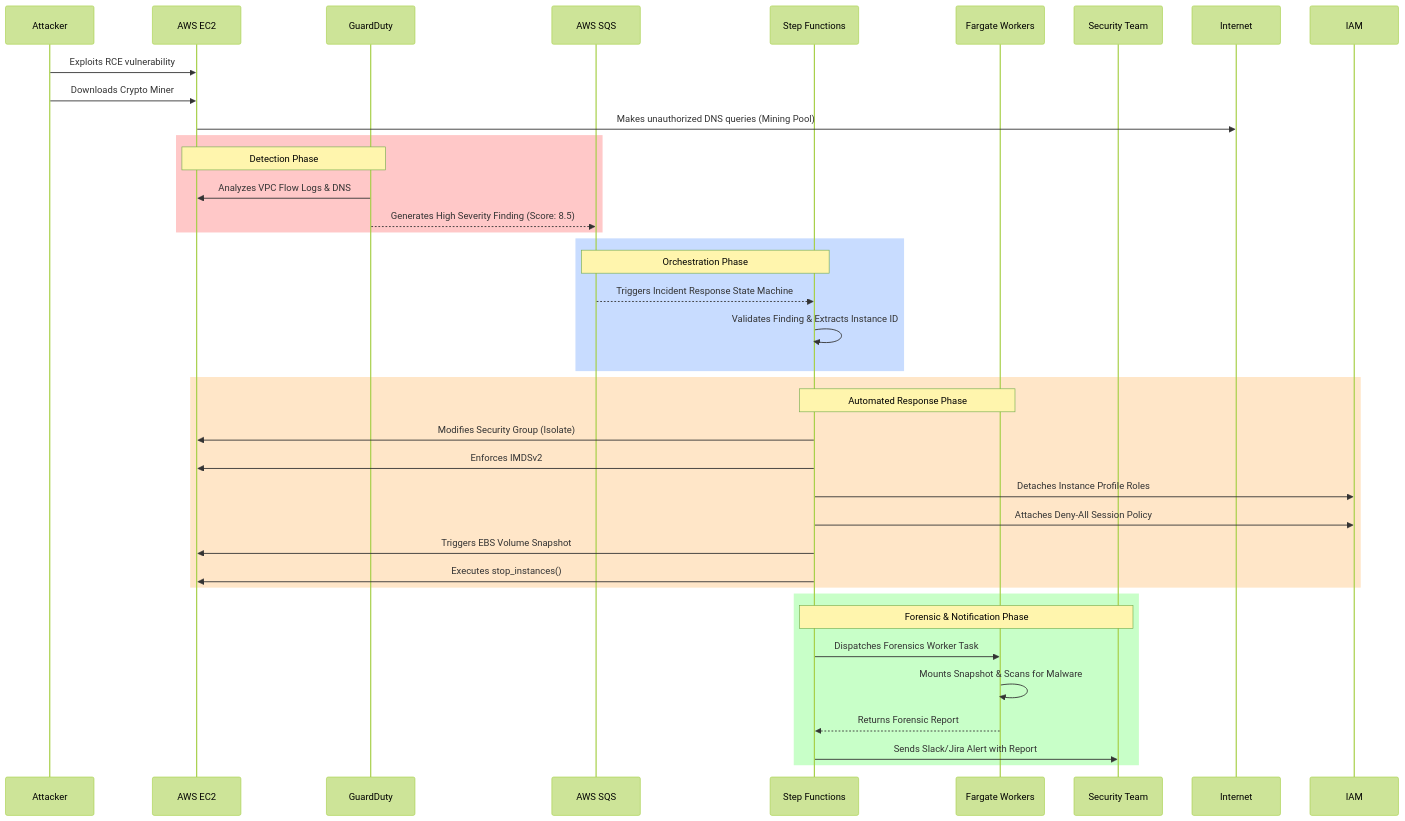
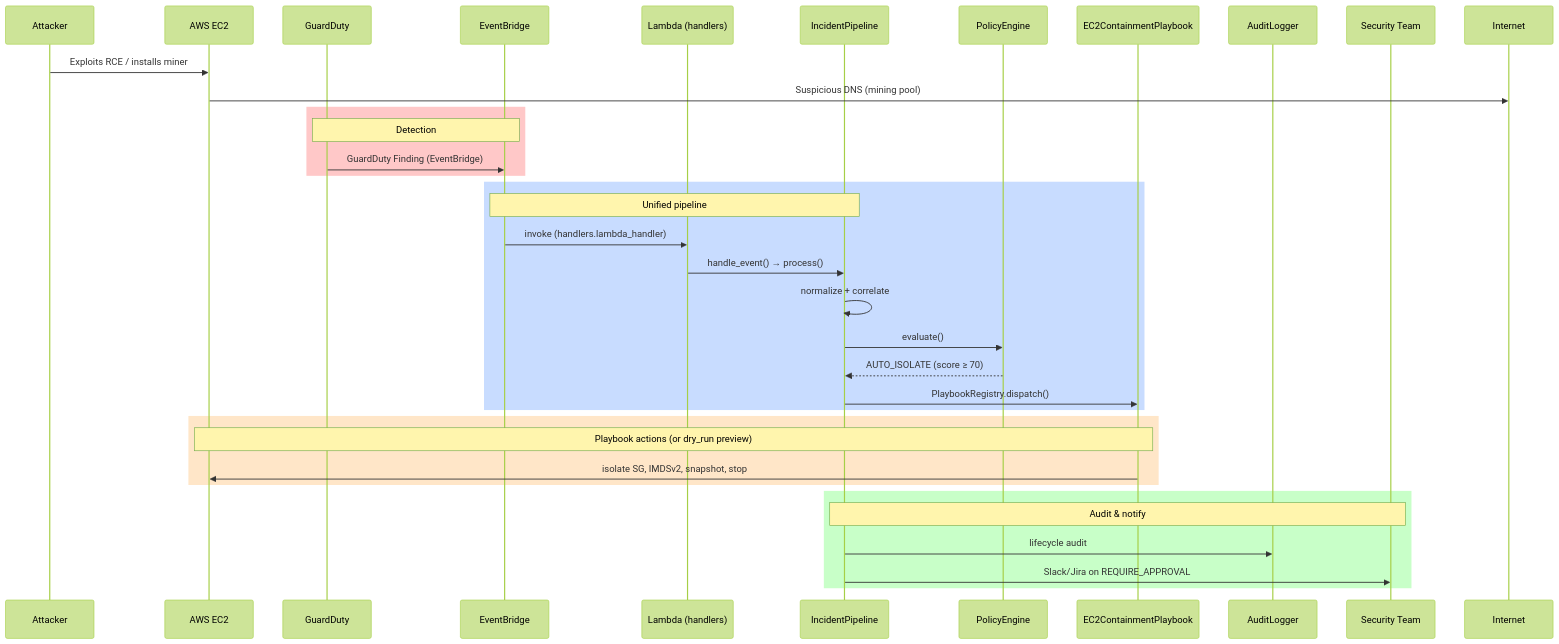
One commit to thtcsec/AWS-Serverless-SOAR changed the second of 3 diagrams in README.md. Above: the diagram before and after it, drawn with Mermaid (forest theme). The commit also changed other lines of this file and 2 other files, not shown here.

First line of the commit message:
Align README and architecture docs with unified IncidentPipeline.

````diff
--- a/README.md
+++ b/README.md
@@ -27,44 +42,42 @@
 ```mermaid
 sequenceDiagram
     participant Attacker
     participant EC2 as AWS EC2
     participant GD as GuardDuty
-    participant SQS as AWS SQS
-    participant SFN as Step Functions
-    participant ECS as Fargate Workers
+    participant EB as EventBridge
+    participant L as Lambda (handlers)
+    participant P as IncidentPipeline
+    participant PE as PolicyEngine
+    participant PB as EC2ContainmentPlaybook
+    participant A as AuditLogger
     participant Sec as Security Team
 
-    Attacker->>EC2: Exploits RCE vulnerability
-    Attacker->>EC2: Downloads Crypto Miner
-    EC2->>Internet: Makes unauthorized DNS queries (Mining Pool)
-    
+    Attacker->>EC2: Exploits RCE / installs miner
+    EC2->>Internet: Suspicious DNS (mining pool)
+
     rect rgb(255, 200, 200)
-        Note over GD,EC2: Detection Phase
-        GD->>EC2: Analyzes VPC Flow Logs & DNS
-        GD-->>SQS: Generates High Severity Finding (Score: 8.5)
+        Note over GD,EB: Detection
+        GD->>EB: GuardDuty Finding (EventBridge)
     end
-    
+
     rect rgb(200, 220, 255)
-        Note over SQS,SFN: Orchestration Phase
-        SQS-->>SFN: Triggers Incident Response State Machine
-        SFN->>SFN: Validates Finding & Extracts Instance ID
+        Note over EB,P: Unified pipeline
+        EB->>L: invoke (handlers.lambda_handler)
+        L->>P: handle_event() → process()
+        P->>P: normalize + correlate
+        P->>PE: evaluate()
+        PE-->>P: AUTO_ISOLATE (score ≥ 70)
+        P->>PB: PlaybookRegistry.dispatch()
     end
-    
+
     rect rgb(255, 230, 200)
-        Note over SFN,ECS: Automated Response Phase
-        SFN->>EC2: Modifies Security Group (Isolate)
-        SFN->>EC2: Enforces IMDSv2
-        SFN->>IAM: Detaches Instance Profile Roles
-        SFN->>IAM: Attaches Deny-All Session Policy
-        SFN->>EC2: Triggers EBS Volume Snapshot
-        SFN->>EC2: Executes stop_instances()
+        Note over PB,EC2: Playbook actions (or dry_run preview)
+        PB->>EC2: isolate SG, IMDSv2, snapshot, stop
     end
-    
+
     rect rgb(200, 255, 200)
-        Note over SFN,Sec: Forensic & Notification Phase
-        SFN->>ECS: Dispatches Forensics Worker Task
-        ECS->>ECS: Mounts Snapshot & Scans for Malware
-        ECS-->>SFN: Returns Forensic Report
-        SFN->>Sec: Sends Slack/Jira Alert with Report
+        Note over P,Sec: Audit & notify
+        P->>A: lifecycle audit
+        P->>Sec: Slack/Jira on REQUIRE_APPROVAL
     end
 ```
````
